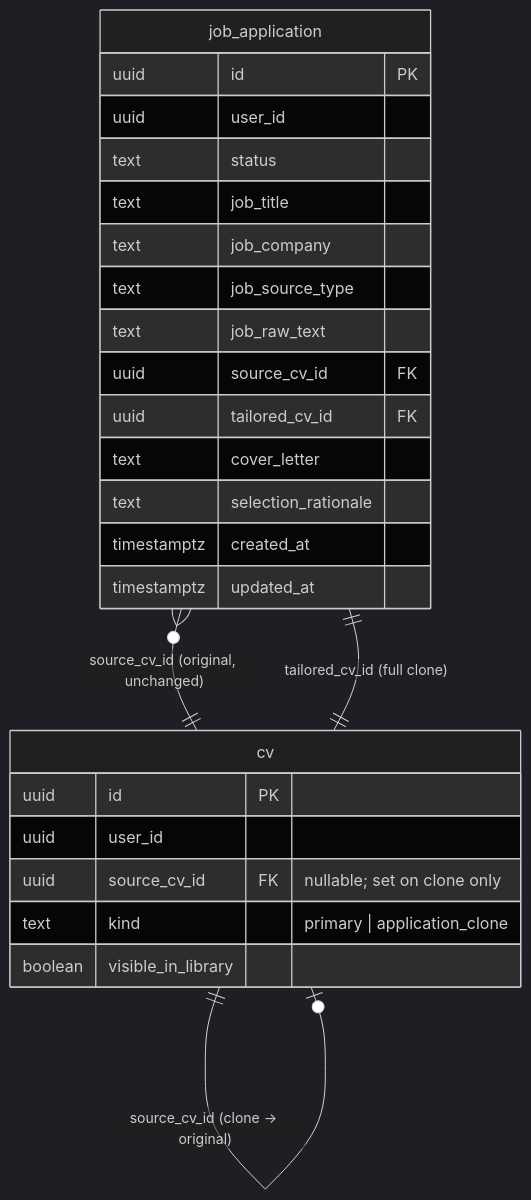
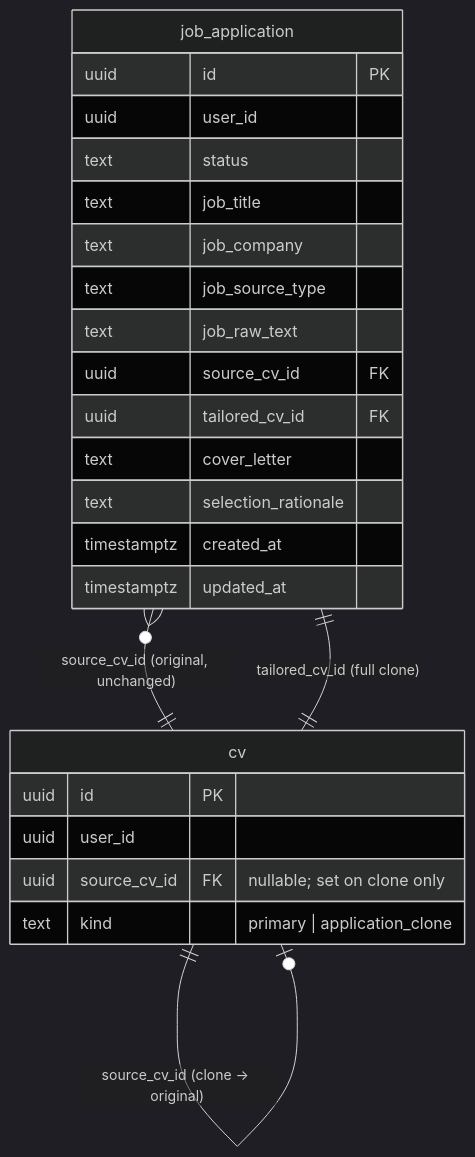
One commit to yortyrh/resubuild changed the third of 6 diagrams in openspec/changes/prepare-job-application/design.md. Above: the diagram before and after it, drawn with Mermaid (dark theme). The commit also changed other lines of this file and 5 other files, not shown here.

````diff
--- a/openspec/changes/prepare-job-application/design.md
+++ b/openspec/changes/prepare-job-application/design.md
@@ -101,30 +101,29 @@
 ```mermaid
 erDiagram
   job_application }o--|| cv : "source_cv_id (original, unchanged)"
   job_application ||--|| cv : "tailored_cv_id (full clone)"
   cv ||--o| cv : "source_cv_id (clone → original)"
 
   job_application {
     uuid id PK
     uuid user_id
     text status
     text job_title
     text job_company
     text job_source_type
     text job_raw_text
     uuid source_cv_id FK
     uuid tailored_cv_id FK
     text cover_letter
     text selection_rationale
     timestamptz created_at
     timestamptz updated_at
   }
 
   cv {
     uuid id PK
     uuid user_id
     uuid source_cv_id FK "nullable; set on clone only"
     text kind "primary | application_clone"
-    boolean visible_in_library
   }
 ```
````
